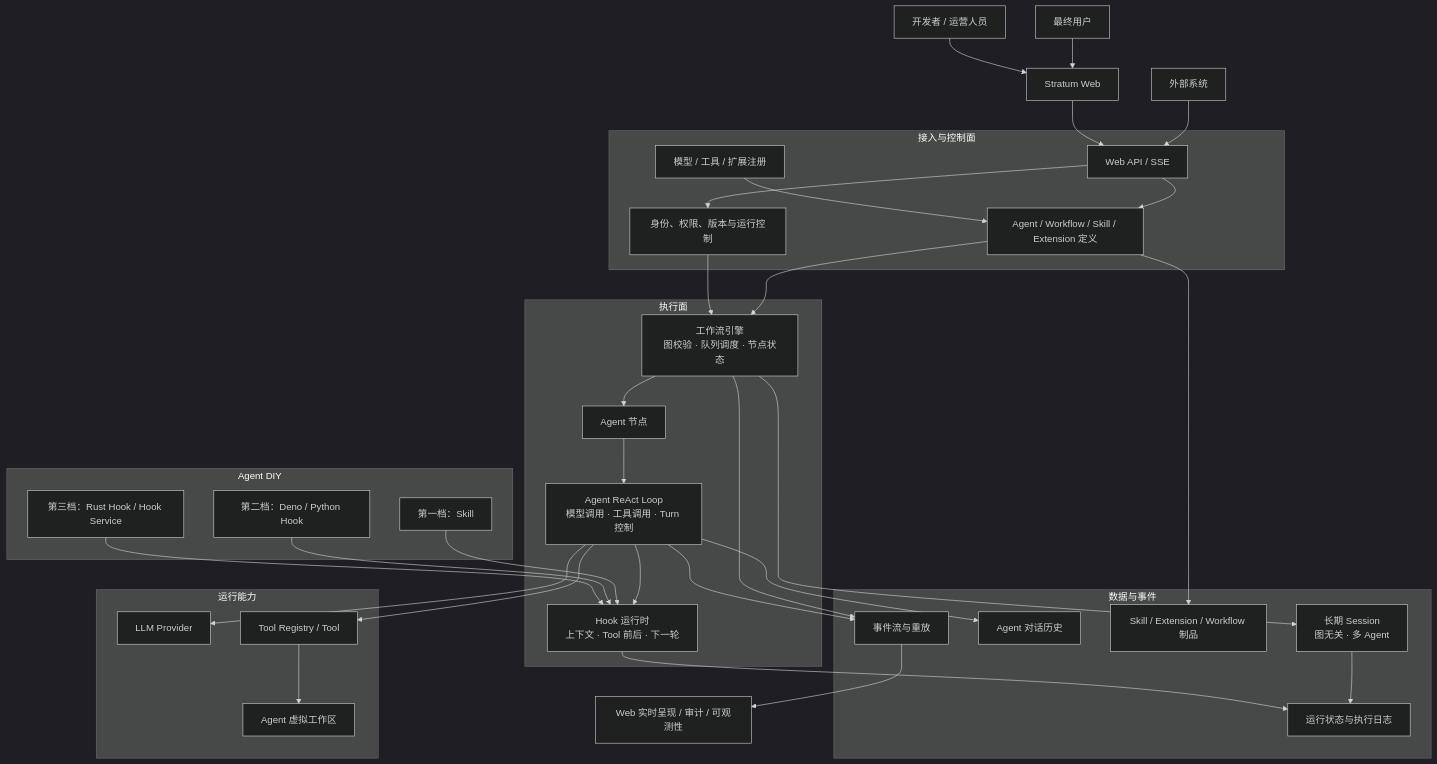
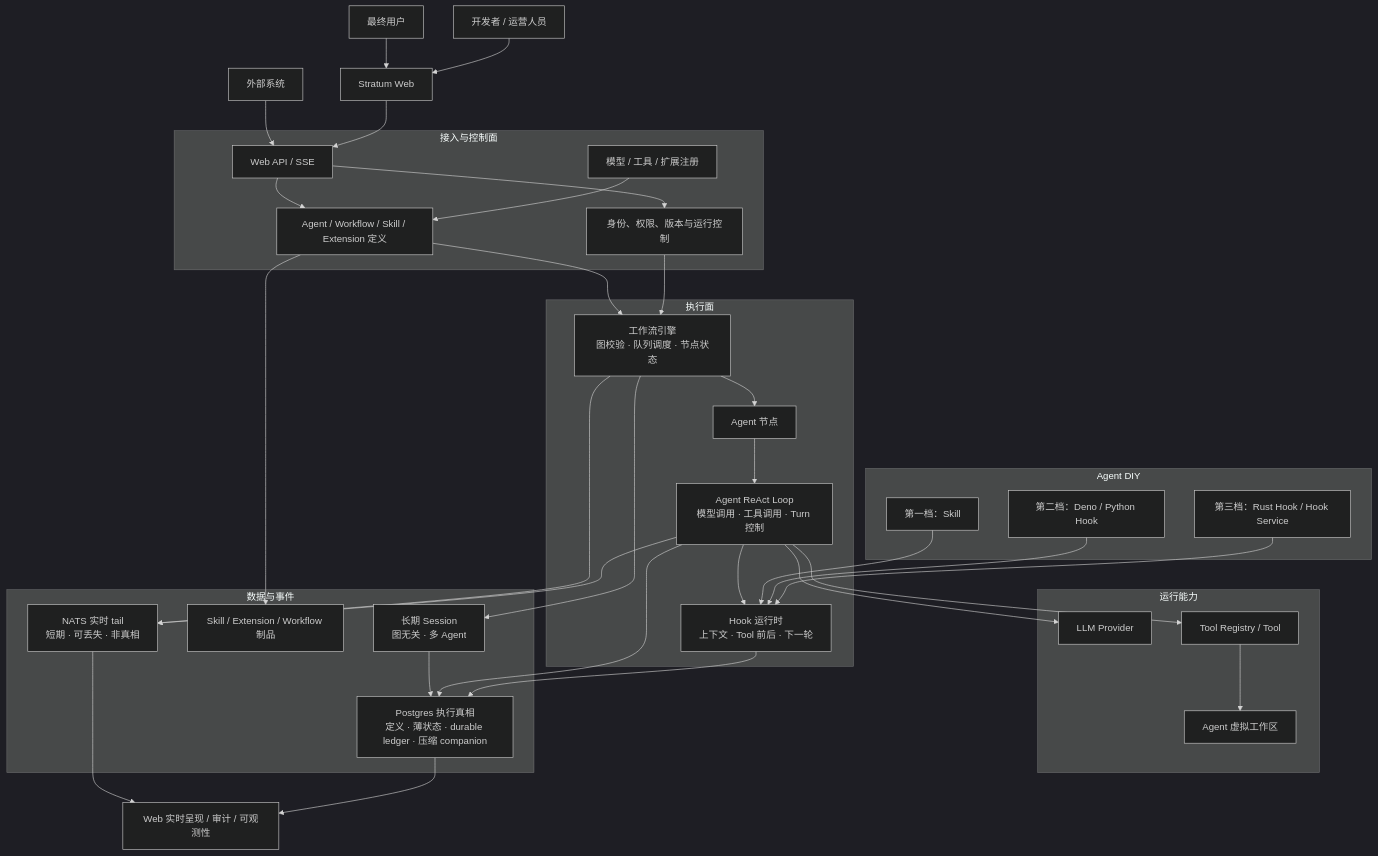
The diagram in ARCH.md (time-gift24/stratum), drawn with Mermaid (dark theme) before and after one commit. The commit also changed other lines of this file and 224 other files, not shown here.

First line of the commit message:
feat(runtime): 完成 Postgres Agent 执行运行时 (#46)

````diff
--- a/ARCH.md
+++ b/ARCH.md
@@ -7,63 +7,63 @@
 ```mermaid
 flowchart TB
     User["最终用户"] --> Web["Stratum Web"]
     Developer["开发者 / 运营人员"] --> Web
     External["外部系统"] --> API["Web API / SSE"]
     Web --> API
 
     subgraph Control["接入与控制面"]
         API --> Definition["Agent / Workflow / Skill / Extension 定义"]
         API --> Governance["身份、权限、版本与运行控制"]
         Registry["模型 / 工具 / 扩展注册"] --> Definition
     end
 
     subgraph Runtime["执行面"]
         Workflow["工作流引擎<br/>图校验 · 队列调度 · 节点状态"]
         AgentNode["Agent 节点"]
         Agent["Agent ReAct Loop<br/>模型调用 · 工具调用 · Turn 控制"]
         Hook["Hook 运行时<br/>上下文 · Tool 前后 · 下一轮"]
 
         Workflow --> AgentNode --> Agent --> Hook
     end
 
     Definition --> Workflow
     Governance --> Workflow
 
     subgraph DIY["Agent DIY"]
         Skill["第一档：Skill"]
         Script["第二档：Deno / Python Hook"]
         Rust["第三档：Rust Hook / Hook Service"]
     end
 
     Skill --> Hook
     Script --> Hook
     Rust --> Hook
 
     subgraph Capability["运行能力"]
         LLM["LLM Provider"]
         Tool["Tool Registry / Tool"]
         Workspace["Agent 虚拟工作区"]
     end
 
     Agent --> LLM
     Agent --> Tool
     Tool --> Workspace
 
     subgraph Data["数据与事件"]
         Session["长期 Session<br/>图无关 · 多 Agent"]
-        State["运行状态与执行日志"]
-        History["Agent 对话历史"]
+        State["Postgres 执行真相<br/>定义 · 薄状态 · durable ledger · 压缩 companion"]
         Artifact["Skill / Extension / Workflow 制品"]
-        EventBus["事件流与重放"]
+        Tail["NATS 实时 tail<br/>短期 · 可丢失 · 非真相"]
     end
 
     Session --> State
     Workflow --> Session
-    Agent --> History
+    Agent --> State
     Hook --> State
     Definition --> Artifact
-    Workflow --> EventBus
-    Agent --> EventBus
+    Workflow --> Tail
+    Agent --> Tail
 
-    EventBus --> Observe["Web 实时呈现 / 审计 / 可观测性"]
+    Tail --> Observe["Web 实时呈现 / 审计 / 可观测性"]
+    State --> Observe
 ```
````
